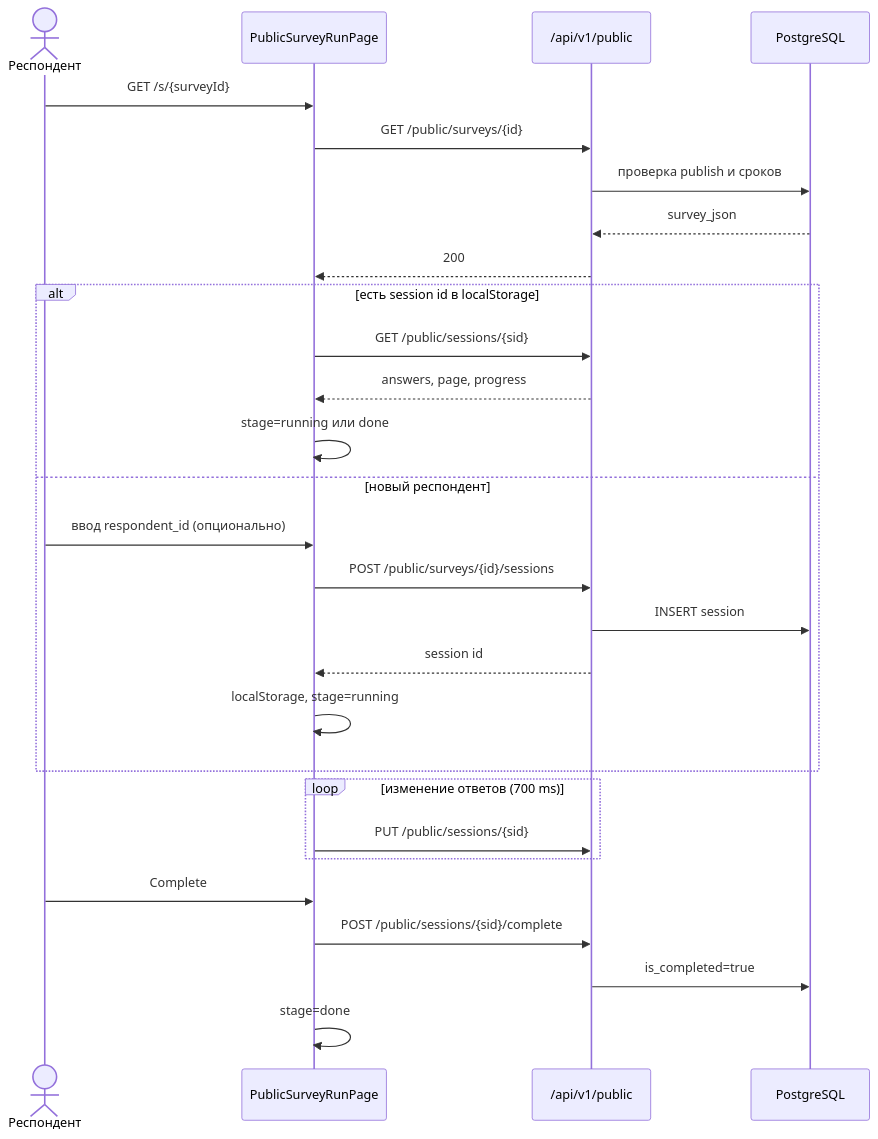
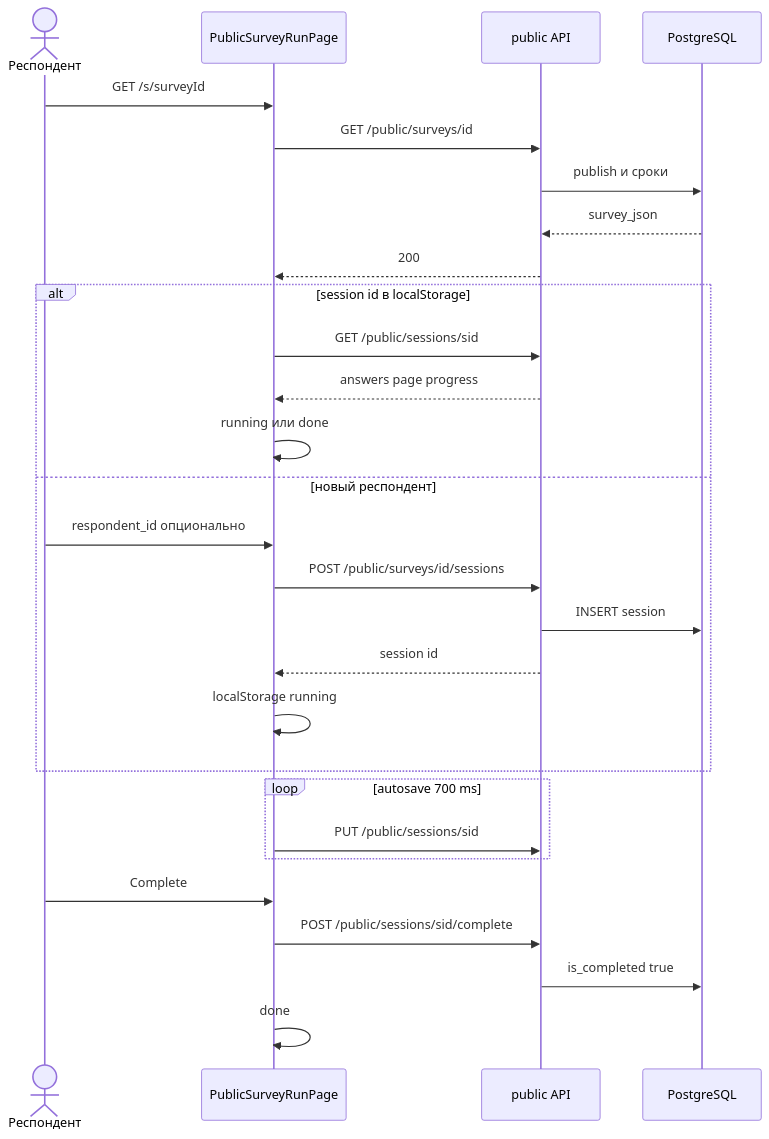
Before and after one commit to sanya2905/survey-constructor-service: the second of 3 diagrams in docs/vkr-podsystema-provedeniya-anketirovaniya.md, drawn with Mermaid. The commit also changed other lines of this file and 1 other file, not shown here.

````diff
--- a/docs/vkr-podsystema-provedeniya-anketirovaniya.md
+++ b/docs/vkr-podsystema-provedeniya-anketirovaniya.md
@@ -88,34 +91,34 @@
 ```mermaid
 sequenceDiagram
     actor R as Респондент
     participant UI as PublicSurveyRunPage
-    participant API as /api/v1/public
+    participant API as public API
     participant DB as PostgreSQL
 
-    R->>UI: GET /s/{surveyId}
-    UI->>API: GET /public/surveys/{id}
-    API->>DB: проверка publish и сроков
+    R->>UI: GET /s/surveyId
+    UI->>API: GET /public/surveys/id
+    API->>DB: publish и сроки
     DB-->>API: survey_json
     API-->>UI: 200
 
-    alt есть session id в localStorage
-        UI->>API: GET /public/sessions/{sid}
-        API-->>UI: answers, page, progress
-        UI->>UI: stage=running или done
+    alt session id в localStorage
+        UI->>API: GET /public/sessions/sid
+        API-->>UI: answers page progress
+        UI->>UI: running или done
     else новый респондент
-        R->>UI: ввод respondent_id (опционально)
-        UI->>API: POST /public/surveys/{id}/sessions
+        R->>UI: respondent_id опционально
+        UI->>API: POST /public/surveys/id/sessions
         API->>DB: INSERT session
         API-->>UI: session id
-        UI->>UI: localStorage, stage=running
+        UI->>UI: localStorage running
     end
 
-    loop изменение ответов (700 ms)
-        UI->>API: PUT /public/sessions/{sid}
+    loop autosave 700 ms
+        UI->>API: PUT /public/sessions/sid
     end
 
     R->>UI: Complete
-    UI->>API: POST /public/sessions/{sid}/complete
-    API->>DB: is_completed=true
-    UI->>UI: stage=done
+    UI->>API: POST /public/sessions/sid/complete
+    API->>DB: is_completed true
+    UI->>UI: done
 ```
````
